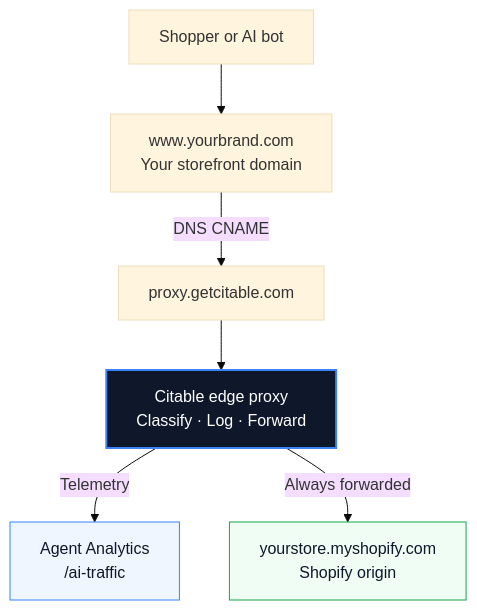
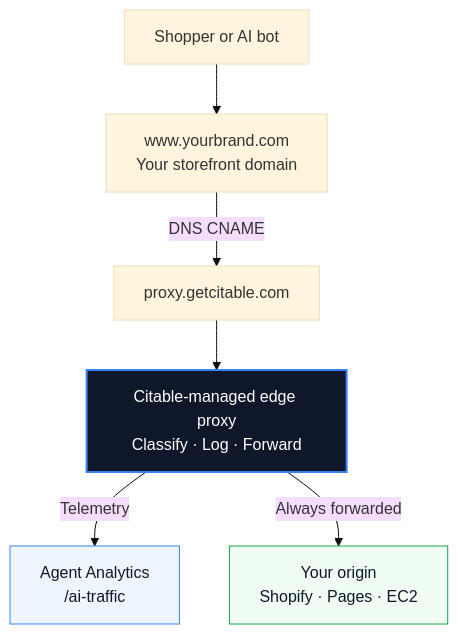
Before and after one commit to getcitable/mintlify-docs: the diagram in integrations/ai-traffic-proxy.mdx, drawn with Mermaid (base theme). The commit also changed other lines of this file and 15 other files, not shown here.

````diff
--- a/integrations/ai-traffic-proxy.mdx
+++ b/integrations/ai-traffic-proxy.mdx
@@ -36,12 +40,12 @@
 ```mermaid
 flowchart TB
     A["Shopper or AI bot"] --> B["www.yourbrand.com<br/>Your storefront domain"]
     B -->|"DNS CNAME"| C["proxy.getcitable.com"]
-    C --> D["Citable edge proxy<br/>Classify · Log · Forward"]
+    C --> D["Citable-managed edge proxy<br/>Classify · Log · Forward"]
     D -->|"Telemetry"| E["Agent Analytics<br/>/ai-traffic"]
-    D -->|"Always forwarded"| F["yourstore.myshopify.com<br/>Shopify origin"]
+    D -->|"Always forwarded"| F["Your origin<br/>Shopify · Pages · EC2"]
 
     style D fill:#0f172a,color:#ffffff,stroke:#3b82f6,stroke-width:2px
     style E fill:#eff6ff,color:#0f172a,stroke:#3b82f6
     style F fill:#f0fdf4,color:#0f172a,stroke:#16a34a
 ```
````
